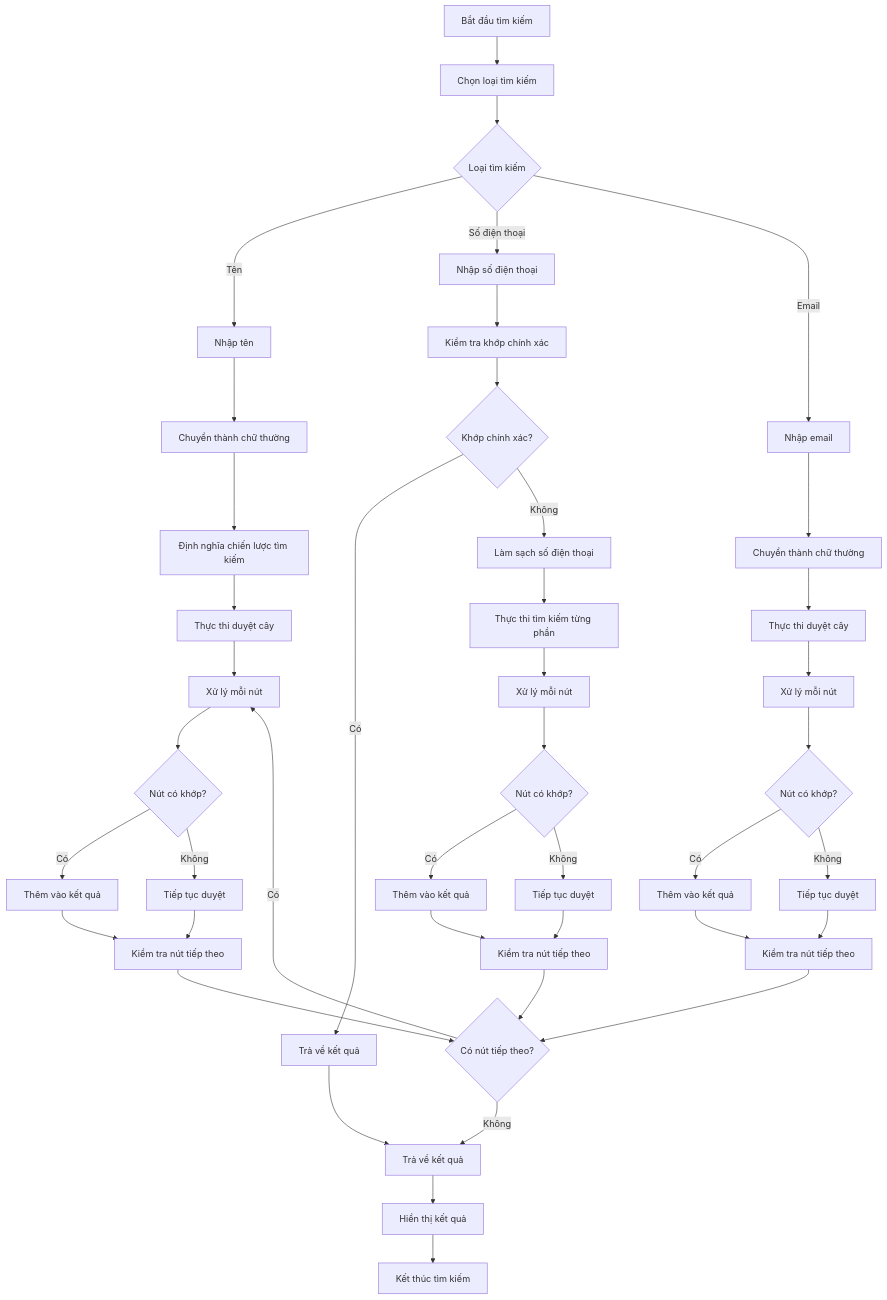
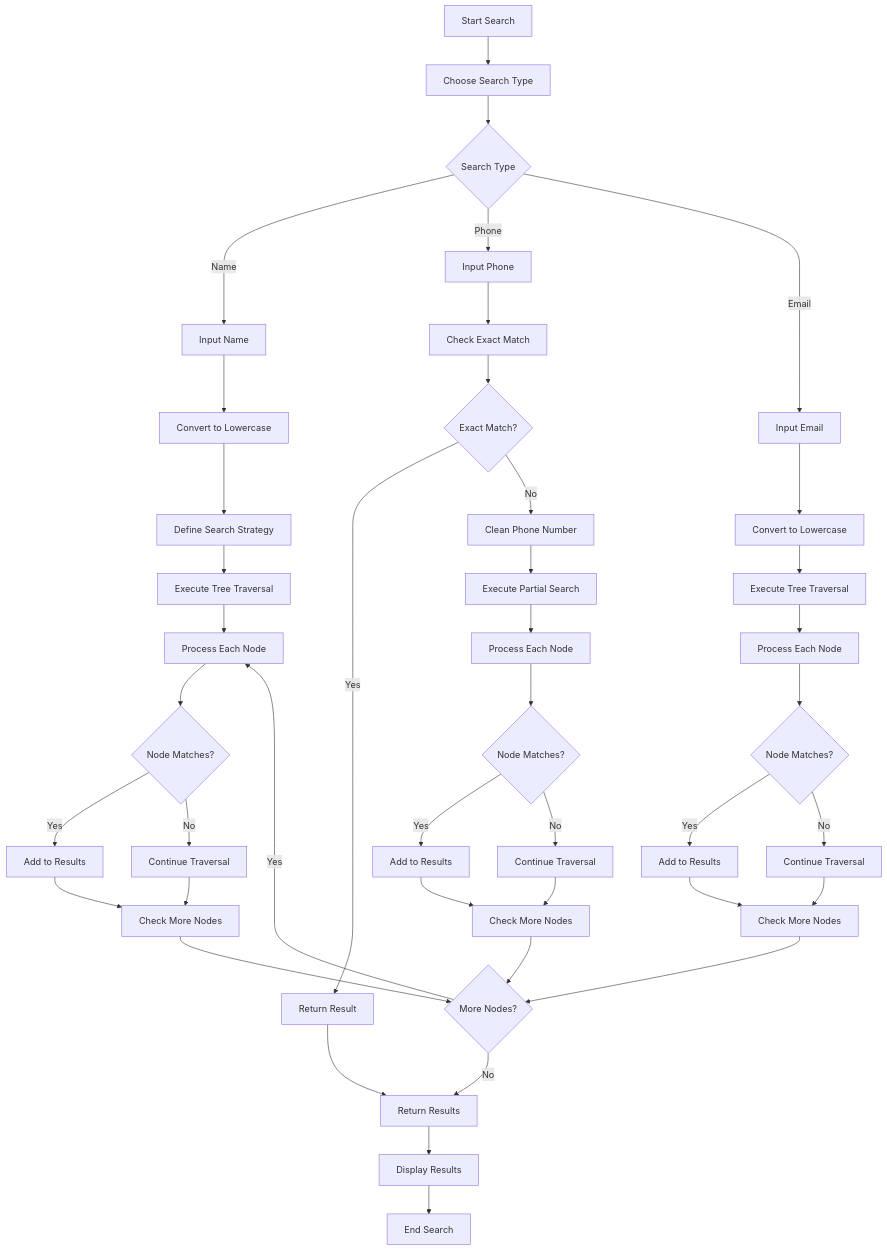
Diagram 12 of 15 in docs/UML_Documentation_Improved.md (TaiLoiZzzz/DSA_PROJECT), drawn with Mermaid before and after one commit. The commit also changed other lines of this file, not shown here.

````diff
--- a/docs/UML_Documentation_Improved.md
+++ b/docs/UML_Documentation_Improved.md
@@ -590,55 +591,55 @@
 ```mermaid
 flowchart TD
-    A[Bắt đầu tìm kiếm] --> B[Chọn loại tìm kiếm]
-    B --> C{Loại tìm kiếm}
+    A[Start Search] --> B[Choose Search Type]
+    B --> C{Search Type}
     
-    C -->|Tên| D[Nhập tên]
-    C -->|Số điện thoại| E[Nhập số điện thoại]
-    C -->|Email| F[Nhập email]
+    C -->|Name| D[Input Name]
+    C -->|Phone| E[Input Phone]
+    C -->|Email| F[Input Email]
     
-    D --> G[Chuyển thành chữ thường]
-    G --> H[Định nghĩa chiến lược tìm kiếm]
-    H --> I[Thực thi duyệt cây]
+    D --> G[Convert to Lowercase]
+    G --> H[Define Search Strategy]
+    H --> I[Execute Tree Traversal]
     
-    E --> J[Kiểm tra khớp chính xác]
-    J --> K{Khớp chính xác?}
-    K -->|Có| L[Trả về kết quả]
-    K -->|Không| M[Làm sạch số điện thoại]
-    M --> N[Thực thi tìm kiếm từng phần]
+    E --> J[Check Exact Match]
+    J --> K{Exact Match?}
+    K -->|Yes| L[Return Result]
+    K -->|No| M[Clean Phone Number]
+    M --> N[Execute Partial Search]
     
-    F --> O[Chuyển thành chữ thường]
-    O --> P[Thực thi duyệt cây]
+    F --> O[Convert to Lowercase]
+    O --> P[Execute Tree Traversal]
     
-    I --> Q[Xử lý mỗi nút]
-    Q --> R{Nút có khớp?}
-    R -->|Có| S[Thêm vào kết quả]
-    R -->|Không| T[Tiếp tục duyệt]
+    I --> Q[Process Each Node]
+    Q --> R{Node Matches?}
+    R -->|Yes| S[Add to Results]
+    R -->|No| T[Continue Traversal]
     
-    N --> U[Xử lý mỗi nút]
-    U --> V{Nút có khớp?}
-    V -->|Có| W[Thêm vào kết quả]
-    V -->|Không| X[Tiếp tục duyệt]
+    N --> U[Process Each Node]
+    U --> V{Node Matches?}
+    V -->|Yes| W[Add to Results]
+    V -->|No| X[Continue Traversal]
     
-    P --> Y[Xử lý mỗi nút]
-    Y --> Z{Nút có khớp?}
-    Z -->|Có| AA[Thêm vào kết quả]
-    Z -->|Không| BB[Tiếp tục duyệt]
+    P --> Y[Process Each Node]
+    Y --> Z{Node Matches?}
+    Z -->|Yes| AA[Add to Results]
+    Z -->|No| BB[Continue Traversal]
     
-    S --> CC[Kiểm tra nút tiếp theo]
+    S --> CC[Check More Nodes]
     T --> CC
-    W --> DD[Kiểm tra nút tiếp theo]
+    W --> DD[Check More Nodes]
     X --> DD
-    AA --> EE[Kiểm tra nút tiếp theo]
+    AA --> EE[Check More Nodes]
     BB --> EE
     
-    CC --> FF{Có nút tiếp theo?}
+    CC --> FF{More Nodes?}
     DD --> FF
     EE --> FF
     
-    FF -->|Có| Q
-    FF -->|Không| GG[Trả về kết quả]
+    FF -->|Yes| Q
+    FF -->|No| GG[Return Results]
     
     L --> GG
-    GG --> HH[Hiển thị kết quả]
-    HH --> II[Kết thúc tìm kiếm]
+    GG --> HH[Display Results]
+    HH --> II[End Search]
 ```
````
